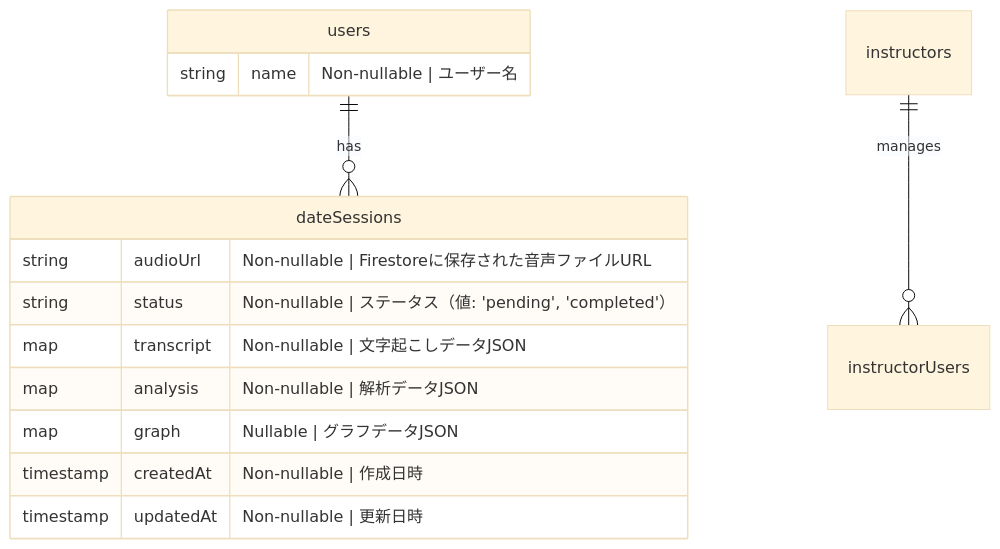
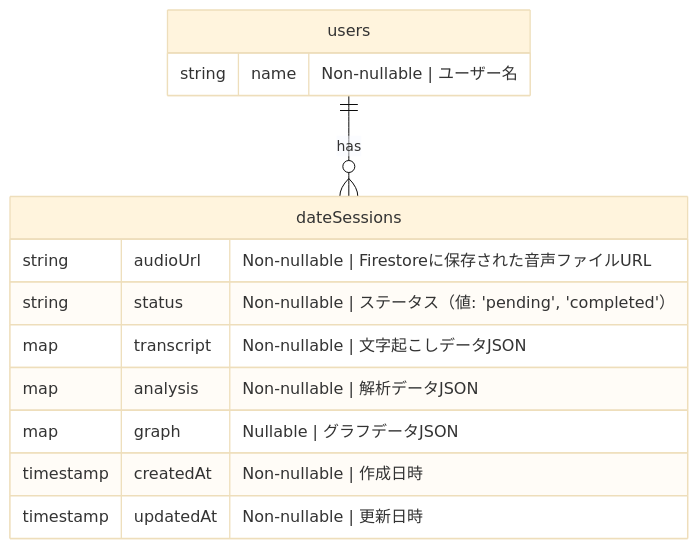
Before and after one commit to GrassVenture/date-feed-back: the diagram in .cursor/rules/db-data-schema.mdc, drawn with Mermaid (base theme).

Commit message:
docs: dbスキーマER図からinstructorsの関連を削除

````diff
--- a/.cursor/rules/db-data-schema.mdc
+++ b/.cursor/rules/db-data-schema.mdc
@@ -10,20 +10,19 @@
 ```mermaid
 erDiagram
     users ||--o{ dateSessions : has
-    instructors ||--o{ instructorUsers : manages
 
     users {
         string name "Non-nullable | ユーザー名"
     }
 
     dateSessions {
         string audioUrl "Non-nullable | Firestoreに保存された音声ファイルURL"
         string status "Non-nullable | ステータス（値: 'pending', 'completed'）"
         map transcript "Non-nullable | 文字起こしデータJSON"
         map analysis "Non-nullable | 解析データJSON"
         map graph "Nullable | グラフデータJSON"
         timestamp createdAt "Non-nullable | 作成日時"
         timestamp updatedAt "Non-nullable | 更新日時"
     }
 
 ```
````
